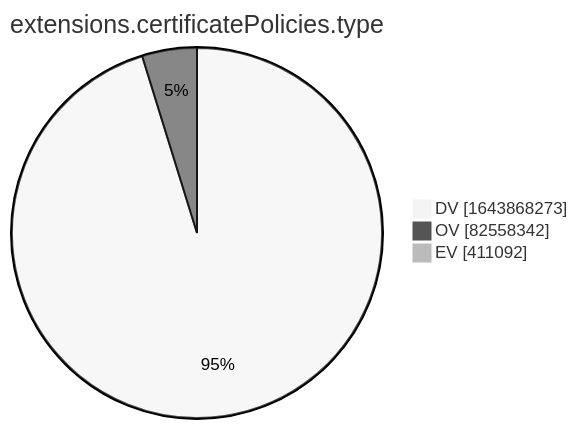
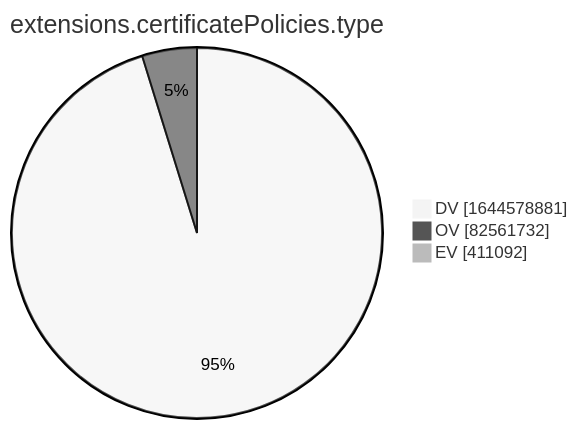
Before and after one commit to christiankrug/ctmonitor_visualization: the tenth of 15 diagrams in xenon2022/README.md, drawn with Mermaid (neutral theme). The commit also changed other lines of this file, not shown here.

````diff
--- a/xenon2022/README.md
+++ b/xenon2022/README.md
@@ -2879,7 +2879,7 @@
 ```mermaid
 pie showData
 title extensions.certificatePolicies.type
-"DV" :1643868273
-"OV" :82558342
+"DV" :1644578881
+"OV" :82561732
 "EV" :411092
 ```
````
